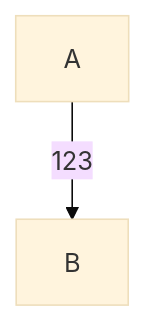
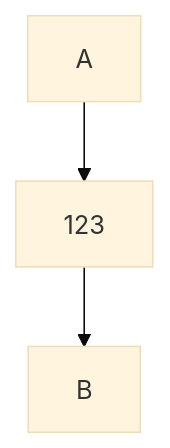
Before and after one commit to henderson2k/sn: the diagram in mermaidtest.md, drawn with Mermaid (base theme).

````diff
--- a/mermaidtest.md
+++ b/mermaidtest.md
@@ -5,4 +5,4 @@
 ```mermaid
 flowchart
-A -- 123 --> B
+A --> 123 --> B
 ```
````
